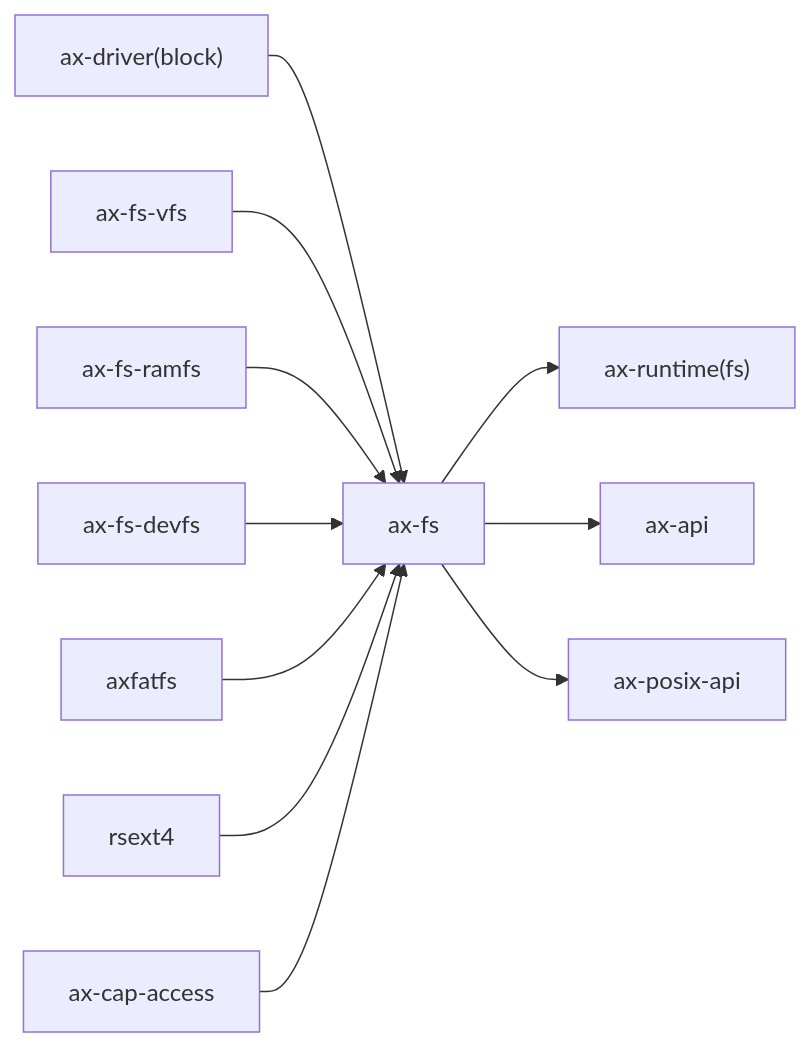
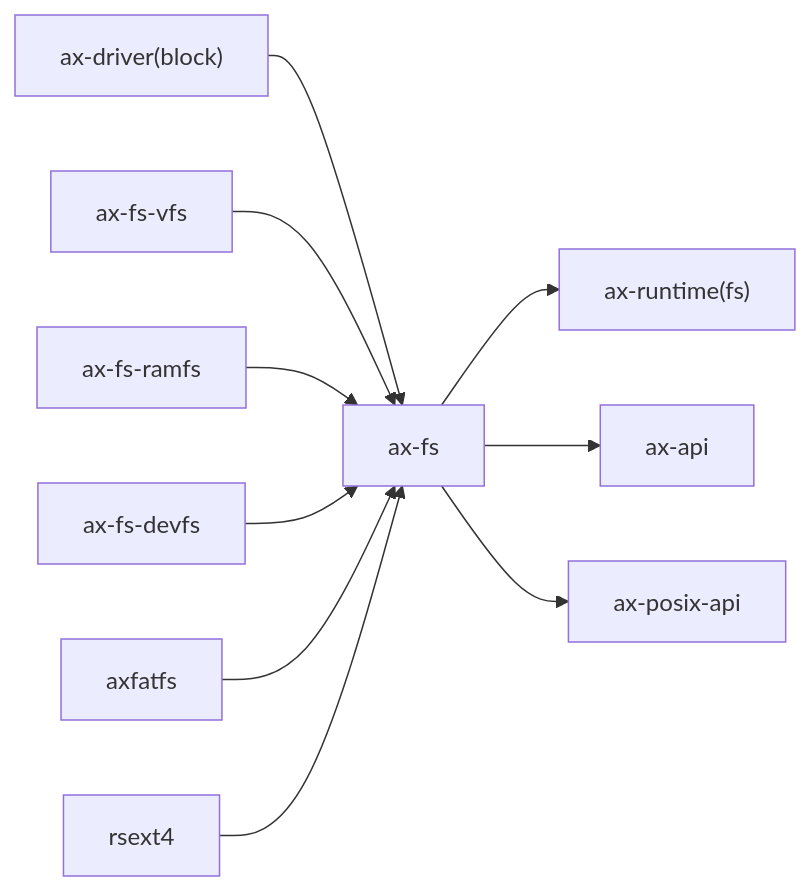
The second of 2 diagrams in docs/docs/components/crates/ax-fs.md (rcore-os/tgoskits), drawn with Mermaid before and after one commit. The commit also changed other lines of this file and 56 other files, not shown here.

````diff
--- a/docs/docs/components/crates/ax-fs.md
+++ b/docs/docs/components/crates/ax-fs.md
@@ -100,14 +100,12 @@
 ```mermaid
 graph LR
     ax-driver["ax-driver(block)"] --> current["ax-fs"]
     axfs_vfs["ax-fs-vfs"] --> current
     axfs_ramfs["ax-fs-ramfs"] --> current
     axfs_devfs["ax-fs-devfs"] --> current
     axfatfs["axfatfs"] --> current
     rsext4["rsext4"] --> current
-    ax_cap_access["ax-cap-access"] --> current
-
     current --> ax-runtime["ax-runtime(fs)"]
     current --> ax-api["ax-api"]
     current --> ax-posix-api["ax-posix-api"]
 ```
````
